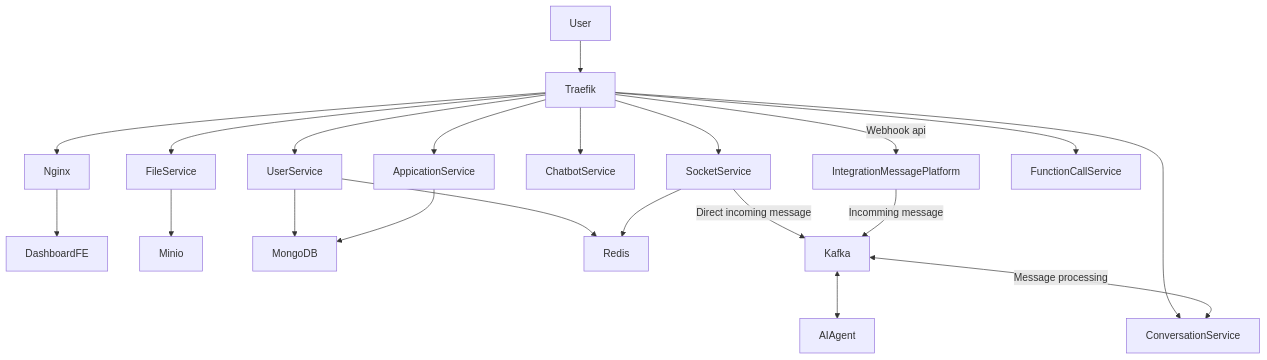
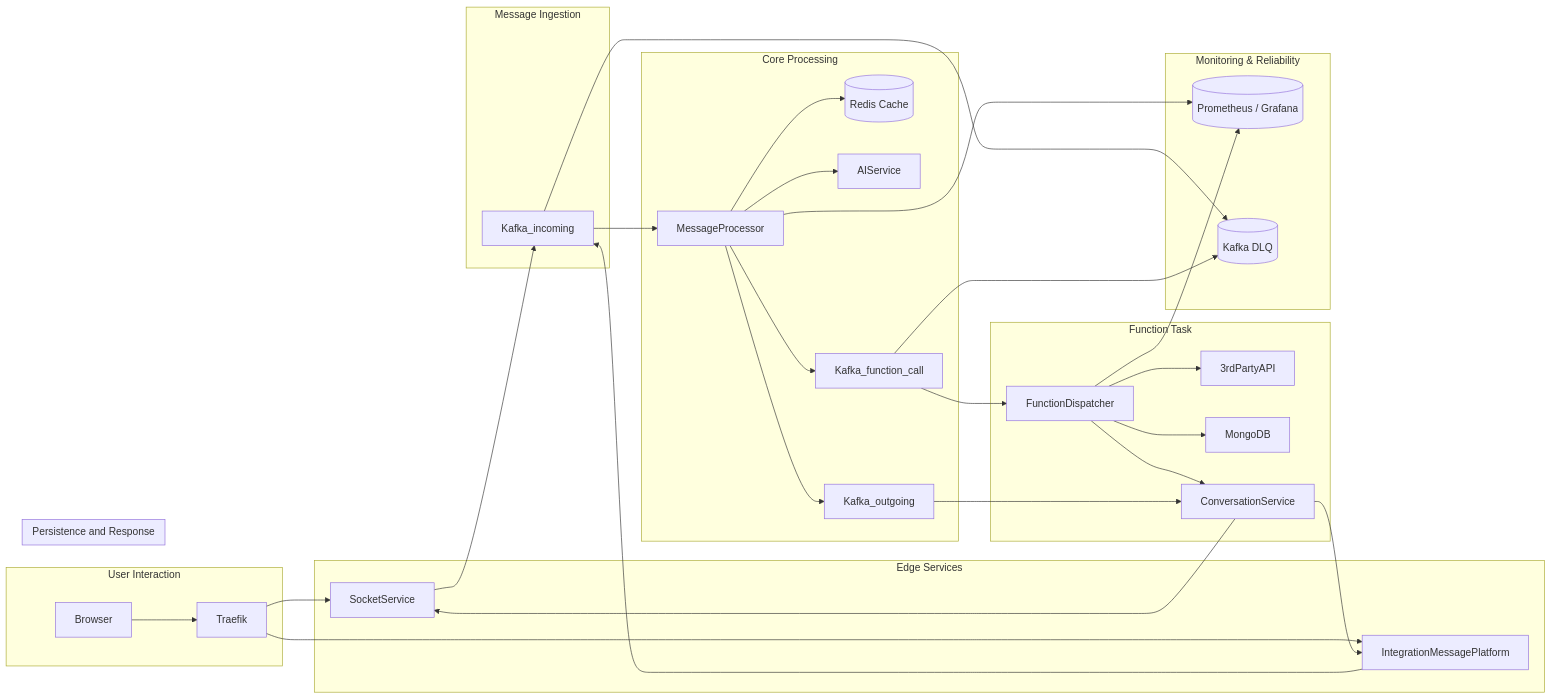
Before and after one commit to AI-and-Microservices/ai-system-architecture: the first of 2 diagrams in architecture.md, drawn with Mermaid. The commit also changed other lines of this file, not shown here.

````diff
--- a/architecture.md
+++ b/architecture.md
@@ -6,26 +6,46 @@
 ```mermaid
-flowchart TD
-    User --> Traefik
-    Traefik --> Nginx
-    Traefik --> FileService
-    Traefik --> UserService
-    Traefik --> SocketService
-    Traefik --> ChatbotService
-    Traefik --> | Webhook api | IntegrationMessagePlatform
-    Traefik --> AppicationService
-    Traefik --> FunctionCallService
-    Traefik --> ConversationService
+flowchart LR
+    subgraph User Interaction
+        Browser --> Traefik
+    end
 
-    Nginx --> DashboardFE
-    FileService --> Minio
-    UserService --> MongoDB
-    UserService --> Redis
-    SocketService --> Redis
-    SocketService --> |Direct incoming message| Kafka
-    AppicationService --> MongoDB
-    
-    IntegrationMessagePlatform --> |Incomming message| Kafka
-    Kafka <--> AIAgent
-    Kafka <--> |Message processing| ConversationService
+    subgraph Edge Services
+        Traefik --> SocketService
+        Traefik --> IntegrationMessagePlatform
+    end
+
+    subgraph Message Ingestion
+        SocketService --> Kafka_incoming
+        IntegrationMessagePlatform --> Kafka_incoming
+    end
+
+    subgraph Core Processing
+        Kafka_incoming --> MessageProcessor
+        MessageProcessor --> Redis[(Redis Cache)]
+        MessageProcessor --> AIService
+        MessageProcessor --> Kafka_outgoing
+        MessageProcessor --> Kafka_function_call
+    end
+
+    subgraph Function Task
+        Kafka_function_call --> FunctionDispatcher
+        FunctionDispatcher --> 3rdPartyAPI
+        FunctionDispatcher --> MongoDB
+        FunctionDispatcher --> ConversationService
+    end
+
+    subgraph Persistence and Response
+        Kafka_outgoing --> ConversationService
+        ConversationService --> SocketService
+        ConversationService --> IntegrationMessagePlatform
+    end
+
+    subgraph Monitoring & Reliability
+        MessageProcessor --> MetricsCollector[(Prometheus / Grafana)]
+        FunctionDispatcher --> MetricsCollector
+        Kafka_incoming --> DeadLetterQueue[(Kafka DLQ)]
+        Kafka_function_call --> DeadLetterQueue
+    end
+
 
 ```
````
